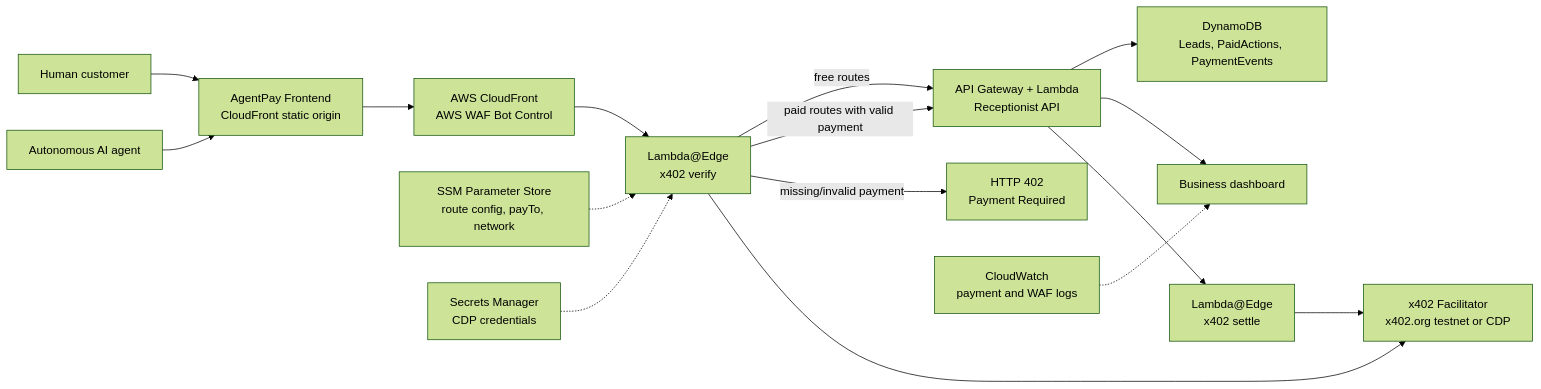
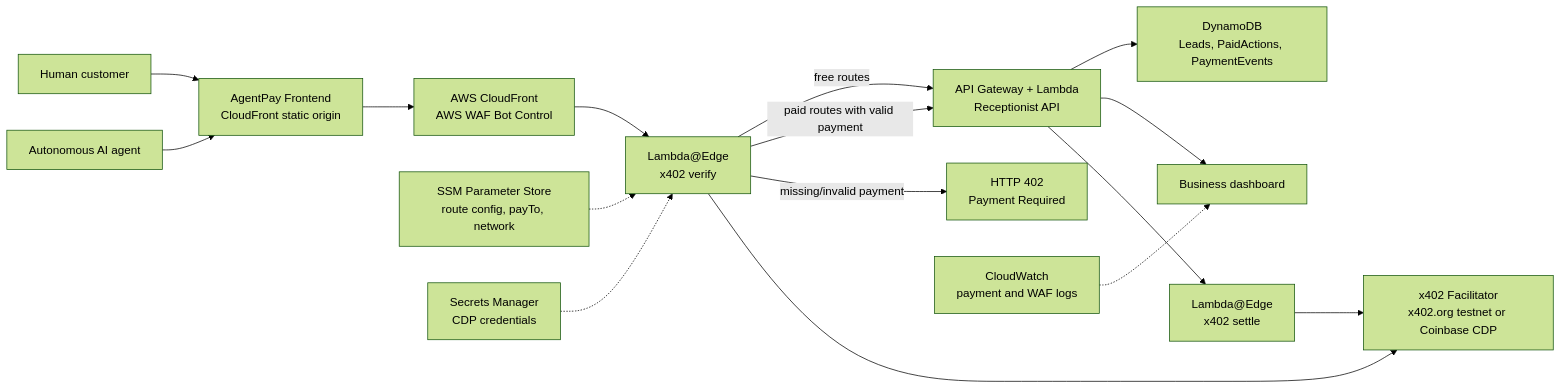
The diagram in README.md (natepaulo43-oss/AgentPay-Receptionist), drawn with Mermaid (forest theme) before and after one commit. The commit also changed other lines of this file, not shown here.

````diff
--- a/README.md
+++ b/README.md
@@ -87,19 +96,19 @@
 ```mermaid
 graph LR
     Human["Human customer"] --> Frontend["AgentPay Frontend<br/>CloudFront static origin"]
     Agent["Autonomous AI agent"] --> Frontend
     Frontend --> WAF["AWS CloudFront<br/>AWS WAF Bot Control"]
     WAF --> EdgeReq["Lambda@Edge<br/>x402 verify"]
     EdgeReq -->|free routes| API["API Gateway + Lambda<br/>Receptionist API"]
     EdgeReq -->|paid routes with valid payment| API
     EdgeReq -->|missing/invalid payment| Pay402["HTTP 402<br/>Payment Required"]
     API --> Storage["DynamoDB<br/>Leads, PaidActions, PaymentEvents"]
     API --> Dashboard["Business dashboard"]
-    EdgeReq --> Facilitator["x402 Facilitator<br/>x402.org testnet or CDP"]
+    EdgeReq --> Facilitator["x402 Facilitator<br/>x402.org testnet or Coinbase CDP"]
     EdgeRes["Lambda@Edge<br/>x402 settle"] --> Facilitator
     API --> EdgeRes
 
     Config["SSM Parameter Store<br/>route config, payTo, network"] -.-> EdgeReq
     Secrets["Secrets Manager<br/>CDP credentials"] -.-> EdgeReq
     Logs["CloudWatch<br/>payment and WAF logs"] -.-> Dashboard
 ```
````
